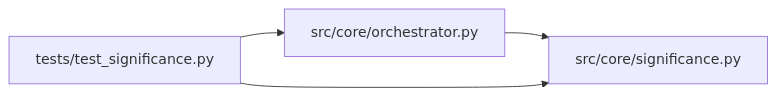
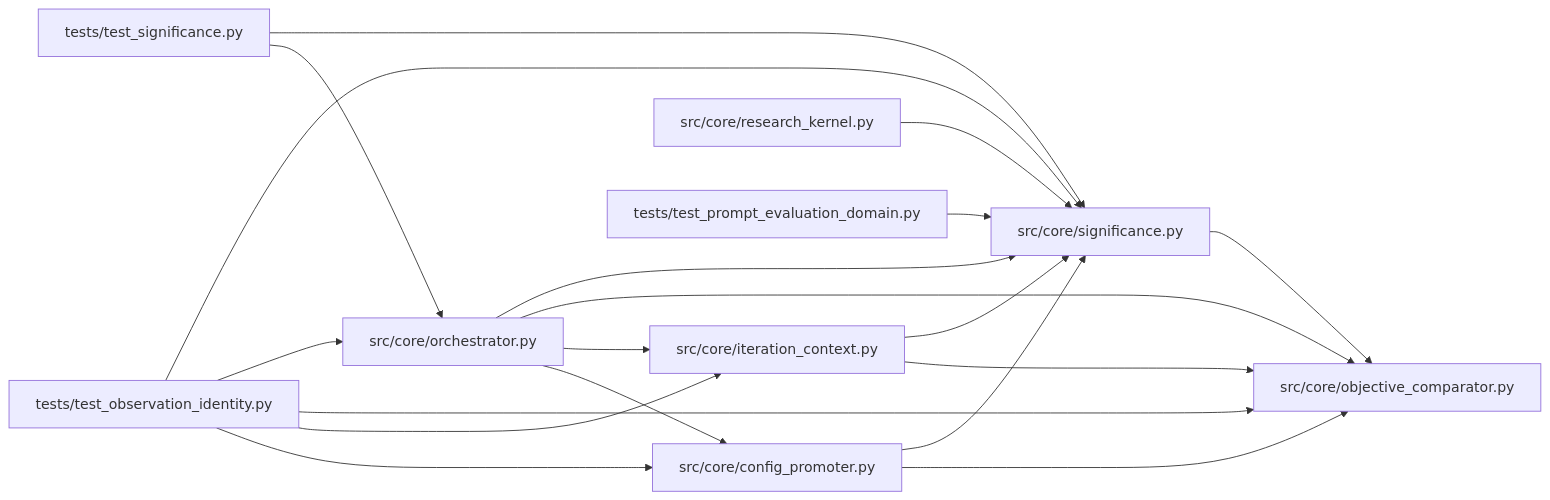
Before and after one commit to Denissvgn/autoresearch-agent: the diagram in docs/llm_wiki/modules/significance.md, drawn with Mermaid. The commit also changed other lines of this file and 1033 other files, not shown here.

````diff
--- a/docs/llm_wiki/modules/significance.md
+++ b/docs/llm_wiki/modules/significance.md
@@ -48,12 +49,39 @@
 ```mermaid
 flowchart LR
-    n0["src/core/orchestrator.py"]
-    n1["src/core/significance.py"]
-    n2["tests/test_significance.py"]
-    n0 --> n1
-    n2 --> n0
-    n2 --> n1
-    click n0 "../modules/orchestrator.md"
-    click n1 "../modules/significance.md"
-    click n2 "../modules/test_significance.md"
+    n0["src/core/config_promoter.py"]
+    n1["src/core/iteration_context.py"]
+    n2["src/core/objective_comparator.py"]
+    n3["src/core/orchestrator.py"]
+    n4["src/core/research_kernel.py"]
+    n5["src/core/significance.py"]
+    n6["tests/test_observation_identity.py"]
+    n7["tests/test_prompt_evaluation_domain.py"]
+    n8["tests/test_significance.py"]
+    n0 --> n2
+    n0 --> n5
+    n1 --> n2
+    n1 --> n5
+    n3 --> n0
+    n3 --> n1
+    n3 --> n2
+    n3 --> n5
+    n4 --> n5
+    n5 --> n2
+    n6 --> n0
+    n6 --> n1
+    n6 --> n2
+    n6 --> n3
+    n6 --> n5
+    n7 --> n5
+    n8 --> n3
+    n8 --> n5
+    click n0 "../modules/config_promoter.md"
+    click n1 "../modules/iteration_context.md"
+    click n2 "../modules/objective_comparator.md"
+    click n3 "../modules/orchestrator.md"
+    click n4 "../modules/research_kernel.md"
+    click n5 "../modules/significance.md"
+    click n6 "../modules/test_observation_identity.md"
+    click n7 "../modules/test_prompt_evaluation_domain.md"
+    click n8 "../modules/test_significance.md"
 ```
````
